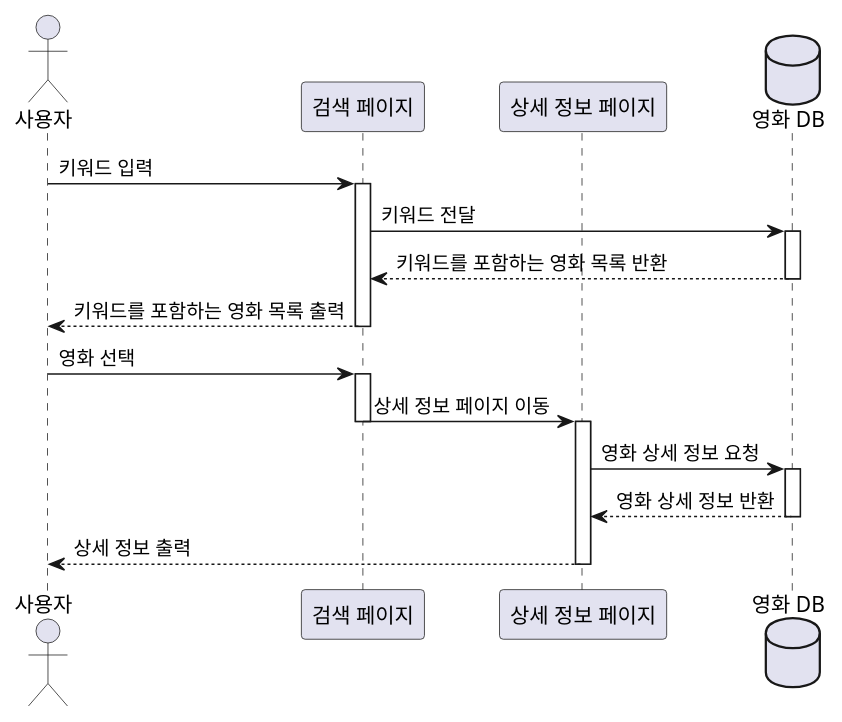
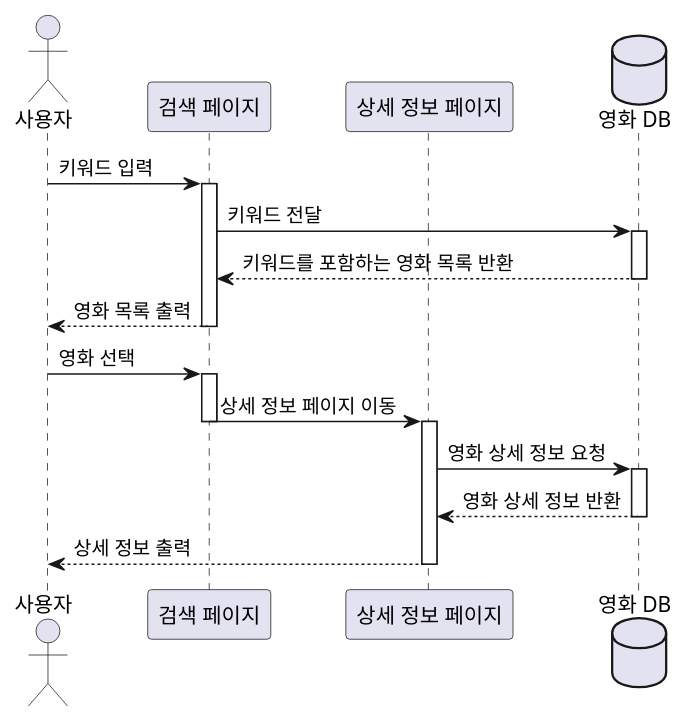
Before and after one commit to marmot8080/SWE: the diagram in src/sequence_search.puml, drawn with PlantUML. The commit also changed 6 other files, not shown here.

Commit message:
Update sequence diagram

```diff
--- a/src/sequence_search.puml
+++ b/src/sequence_search.puml
@@ -1,29 +1,29 @@
 @startuml
 
 actor "사용자" as user
 participant "검색 페이지" as searchPage
 participant "상세 정보 페이지" as detailPage
 database "영화 DB" as db
 
 user -> searchPage : 키워드 입력
 activate searchPage
 searchPage -> db : 키워드 전달
 activate db
 db --> searchPage : 키워드를 포함하는 영화 목록 반환
 deactivate db
-searchPage --> user : 키워드를 포함하는 영화 목록 출력
+searchPage --> user : 영화 목록 출력
 deactivate searchPage
 
 user -> searchPage : 영화 선택
 activate searchPage
 searchPage -> detailPage : 상세 정보 페이지 이동
 deactivate searchPage
 activate detailPage
 detailPage -> db : 영화 상세 정보 요청
 activate db
 db --> detailPage : 영화 상세 정보 반환
 deactivate db
 detailPage --> user : 상세 정보 출력
 deactivate detailPage
 
 @enduml
```
